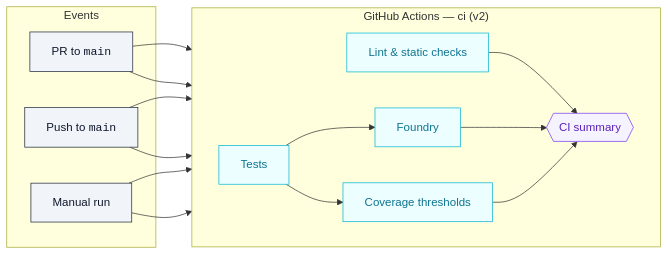
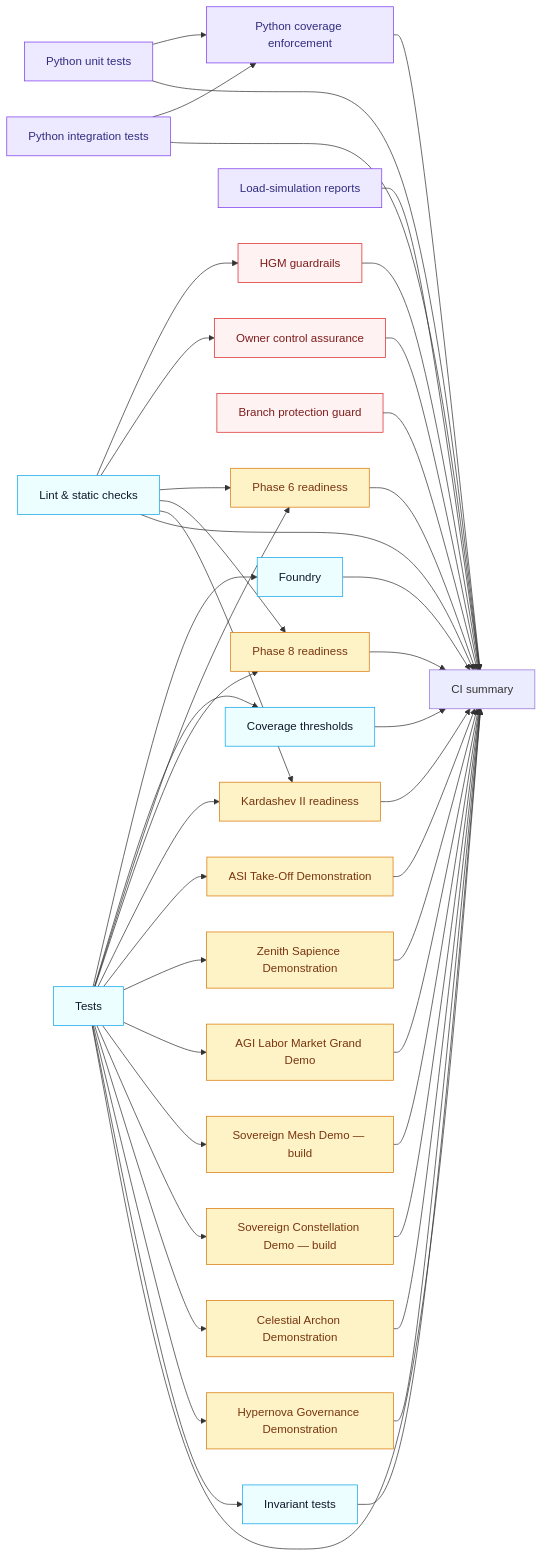
One commit to MontrealAI/AGIJobsv0 changed the diagram in docs/v2-ci-operations.md. Above: the diagram before and after it, drawn with Mermaid. The commit also changed other lines of this file and 12 other files, not shown here.

````diff
--- a/docs/v2-ci-operations.md
+++ b/docs/v2-ci-operations.md
@@ -7,22 +9,81 @@
 ```mermaid
 flowchart LR
-    classDef trigger fill:#f1f5f9,stroke:#1e293b,stroke-width:1px,color:#0f172a;
-    classDef job fill:#ecfeff,stroke:#06b6d4,stroke-width:1px,color:#0e7490;
-    classDef gate fill:#f5f3ff,stroke:#7c3aed,stroke-width:1px,color:#5b21b6;
+    classDef core fill:#ecfeff,stroke:#0ea5e9,color:#0f172a,stroke-width:1px;
+    classDef analytics fill:#ede9fe,stroke:#7c3aed,color:#312e81,stroke-width:1px;
+    classDef assurance fill:#fef2f2,stroke:#dc2626,color:#7f1d1d,stroke-width:1px;
+    classDef demos fill:#fef3c7,stroke:#d97706,color:#78350f,stroke-width:1px;
 
-    subgraph Events
-        PR[PR to <code>main</code>]:::trigger
-        Main[Push to <code>main</code>]:::trigger
-        Manual[Manual run]:::trigger
-    end
+    lint[Lint & static checks]:::core
+    tests[Tests]:::core
+    foundry[Foundry]:::core
+    coverage[Coverage thresholds]:::core
+    invariants[Invariant tests]:::core
 
-    subgraph "GitHub Actions — ci (v2)"
-        direction LR
-        Lint[Lint & static checks]:::job --> Summary{{CI summary}}:::gate
-        Tests[Tests]:::job --> Foundry[Foundry]:::job --> Summary
-        Tests --> Coverage[Coverage thresholds]:::job --> Summary
-    end
+    pyUnit[Python unit tests]:::analytics
+    pyInt[Python integration tests]:::analytics
+    pyLoad[Load-simulation reports]:::analytics
+    pyCov[Python coverage enforcement]:::analytics
 
-    PR & Main & Manual --> Lint
-    PR & Main & Manual --> Tests
+    ownerCtl[Owner control assurance]:::assurance
+    branchGuard[Branch protection guard]:::assurance
+    hgm[HGM guardrails]:::assurance
+
+    phase6[Phase 6 readiness]:::demos
+    phase8[Phase 8 readiness]:::demos
+    kardashev[Kardashev II readiness]:::demos
+    asi[ASI Take-Off Demonstration]:::demos
+    zenith[Zenith Sapience Demonstration]:::demos
+    labor[AGI Labor Market Grand Demo]:::demos
+    mesh[Sovereign Mesh Demo — build]:::demos
+    constellation[Sovereign Constellation Demo — build]:::demos
+    archon[Celestial Archon Demonstration]:::demos
+    hypernova[Hypernova Governance Demonstration]:::demos
+
+    summary[CI summary]
+
+    lint --> hgm
+    lint --> ownerCtl
+    lint --> phase6
+    lint --> phase8
+    lint --> kardashev
+
+    tests --> foundry
+    tests --> coverage
+    tests --> phase6
+    tests --> phase8
+    tests --> kardashev
+    tests --> asi
+    tests --> zenith
+    tests --> labor
+    tests --> mesh
+    tests --> constellation
+    tests --> archon
+    tests --> hypernova
+    tests --> invariants
+
+    pyUnit --> pyCov
+    pyInt --> pyCov
+
+    branchGuard --> summary
+    lint --> summary
+    tests --> summary
+    pyUnit --> summary
+    pyInt --> summary
+    pyLoad --> summary
+    pyCov --> summary
+    hgm --> summary
+    ownerCtl --> summary
+    foundry --> summary
+    coverage --> summary
+    invariants --> summary
+    phase6 --> summary
+    phase8 --> summary
+    kardashev --> summary
+    asi --> summary
+    zenith --> summary
+    labor --> summary
+    mesh --> summary
+    constellation --> summary
+    archon --> summary
+    hypernova --> summary
 ```
````
